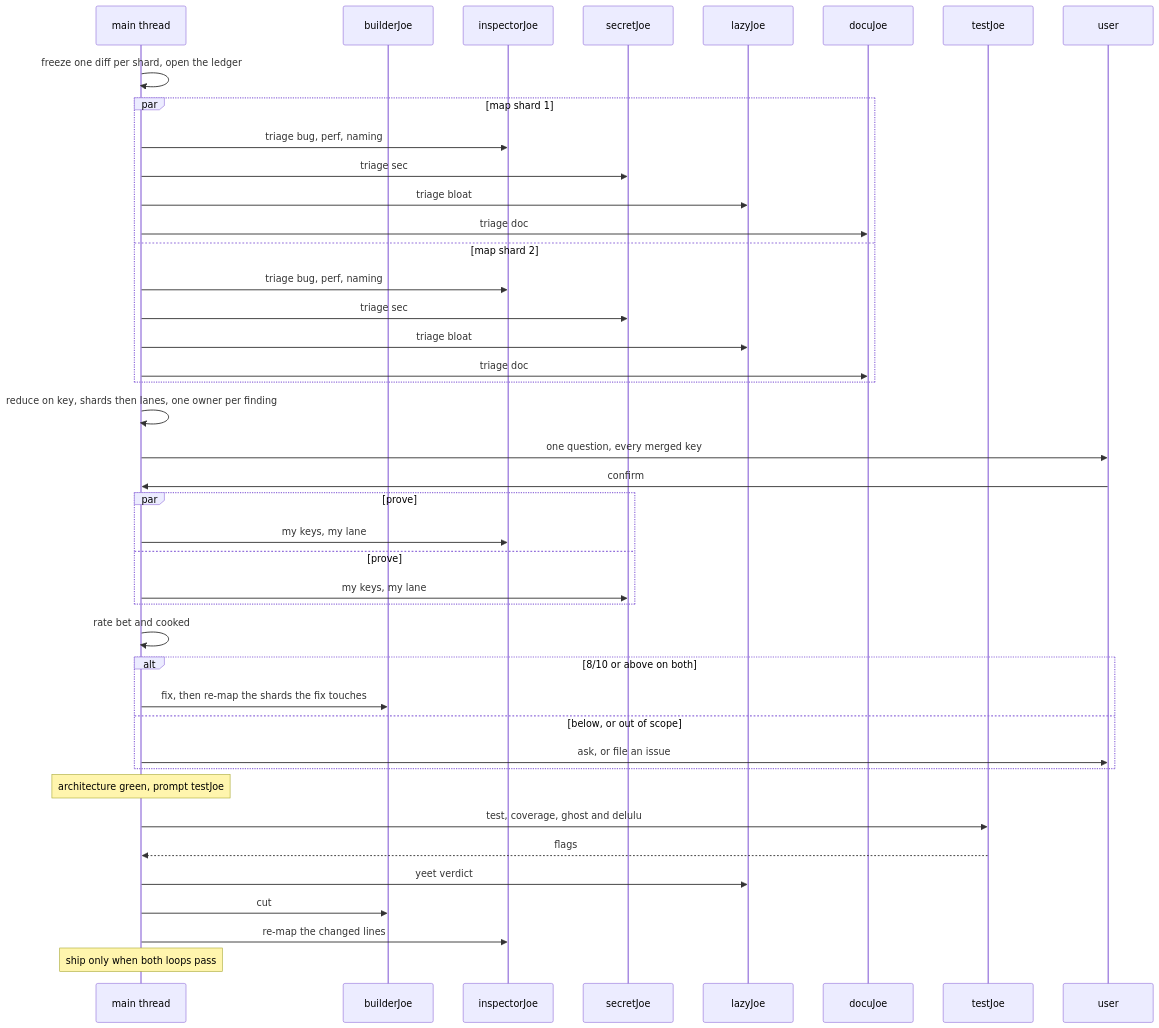
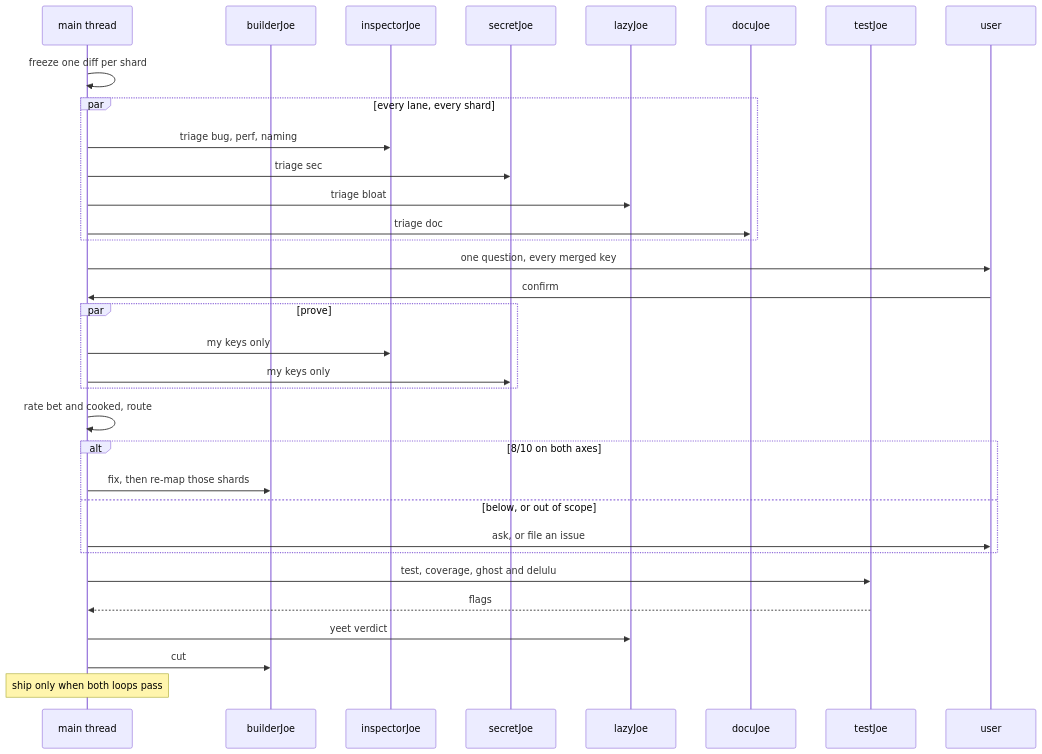
The diagram in skills/superjoe/SKILL.md (codingjoe/superjoe), drawn with Mermaid before and after one commit. The commit also changed other lines of this file and 8 other files, not shown here.

````diff
--- a/skills/superjoe/SKILL.md
+++ b/skills/superjoe/SKILL.md
@@ -178,45 +159,36 @@
 ```mermaid
 sequenceDiagram
     participant Main as main thread
     participant B as builderJoe
     participant I as inspectorJoe
     participant S as secretJoe
     participant L as lazyJoe
     participant D as docuJoe
     participant T as testJoe
     participant U as user
 
-    Main->>Main: freeze one diff per shard, open the ledger
-    par map shard 1
-        Main->>I: triage bug, perf, naming
-        Main->>S: triage sec
-        Main->>L: triage bloat
-        Main->>D: triage doc
-    and map shard 2
+    Main->>Main: freeze one diff per shard
+    par every lane, every shard
         Main->>I: triage bug, perf, naming
         Main->>S: triage sec
         Main->>L: triage bloat
         Main->>D: triage doc
     end
-    Main->>Main: reduce on key, shards then lanes, one owner per finding
     Main->>U: one question, every merged key
     U->>Main: confirm
     par prove
-        Main->>I: my keys, my lane
-    and prove
-        Main->>S: my keys, my lane
+        Main->>I: my keys only
+        Main->>S: my keys only
     end
-    Main->>Main: rate bet and cooked
-    alt 8/10 or above on both
-        Main->>B: fix, then re-map the shards the fix touches
+    Main->>Main: rate bet and cooked, route
+    alt 8/10 on both axes
+        Main->>B: fix, then re-map those shards
     else below, or out of scope
         Main->>U: ask, or file an issue
     end
-    Note over Main: architecture green, prompt testJoe
     Main->>T: test, coverage, ghost and delulu
     T-->>Main: flags
     Main->>L: yeet verdict
     Main->>B: cut
-    Main->>I: re-map the changed lines
     Note over Main: ship only when both loops pass
 ```
````
